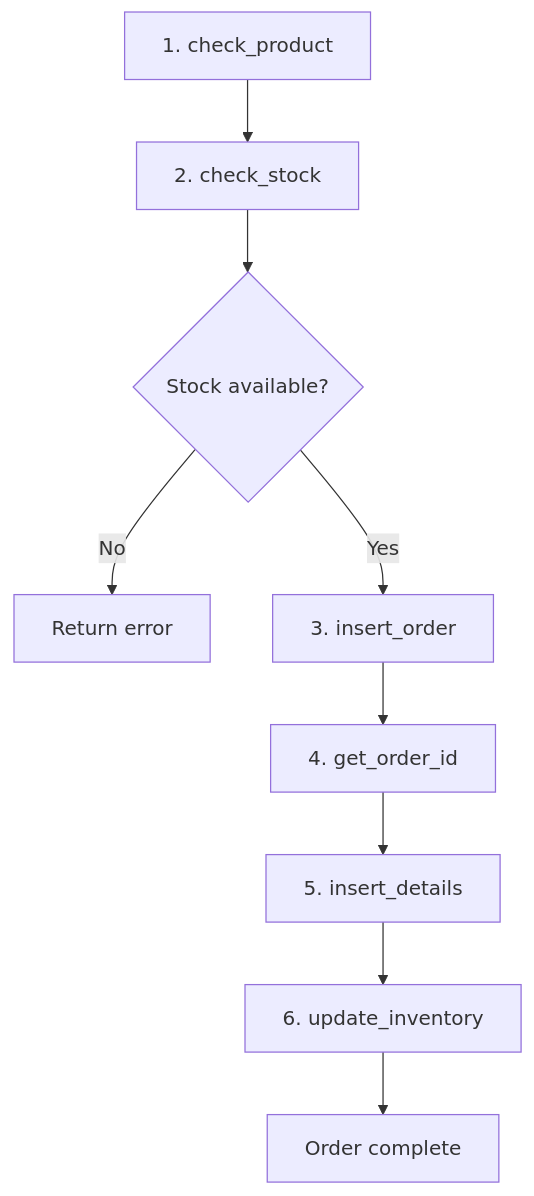
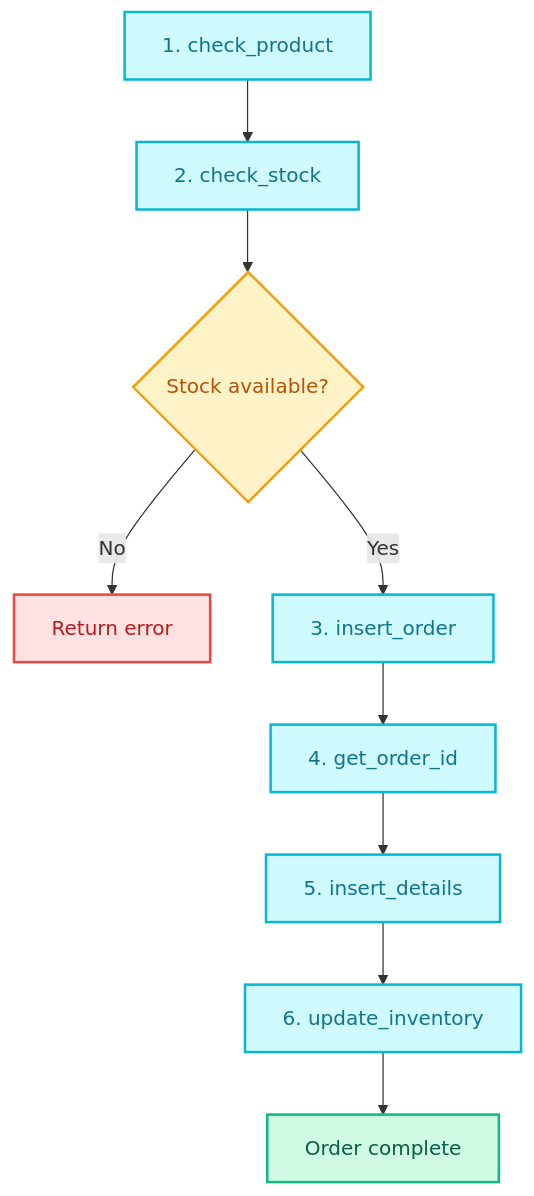
Before and after one commit to mhokchuekchuek/mtl_agent: the diagram in docs/assets/diagrams/prompts/customer_place_order_sql_1.mmd, drawn with Mermaid. The commit also changed 10 other files, not shown here.

Commit message:
docs: update mermaid diagram files

```diff
--- a/docs/assets/diagrams/prompts/customer_place_order_sql_1.mmd
+++ b/docs/assets/diagrams/prompts/customer_place_order_sql_1.mmd
@@ -1,9 +1,19 @@
 flowchart TD
     A[1. check_product] --> B[2. check_stock]
     B --> C{Stock available?}
     C -->|No| ERR[Return error]
     C -->|Yes| D[3. insert_order]
     D --> E[4. get_order_id]
     E --> F[5. insert_details]
     F --> G[6. update_inventory]
     G --> OK[Order complete]
+
+    classDef step fill:#cffafe,stroke:#06b6d4,stroke-width:2px,color:#0e7490
+    classDef decision fill:#fef3c7,stroke:#f59e0b,stroke-width:2px,color:#b45309
+    classDef error fill:#fee2e2,stroke:#ef4444,stroke-width:2px,color:#b91c1c
+    classDef success fill:#d1fae5,stroke:#10b981,stroke-width:2px,color:#065f46
+
+    class A,B,D,E,F,G step
+    class C decision
+    class ERR error
+    class OK success
```
